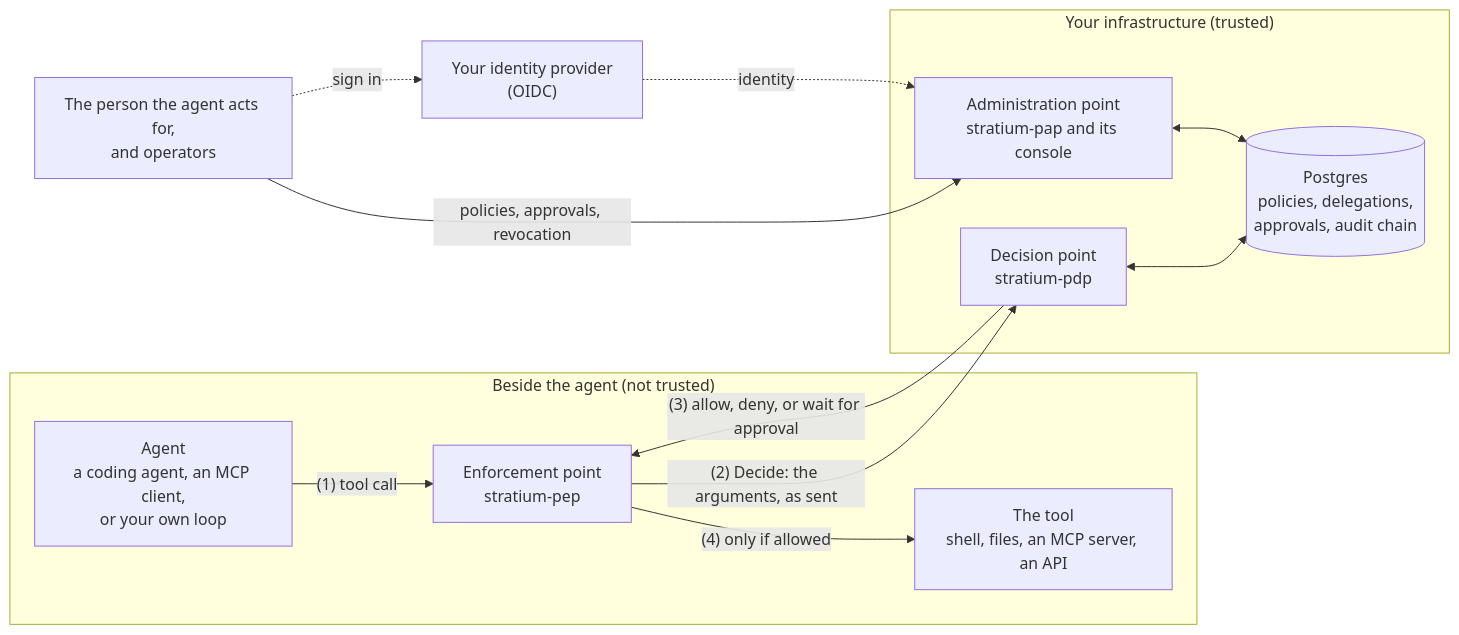
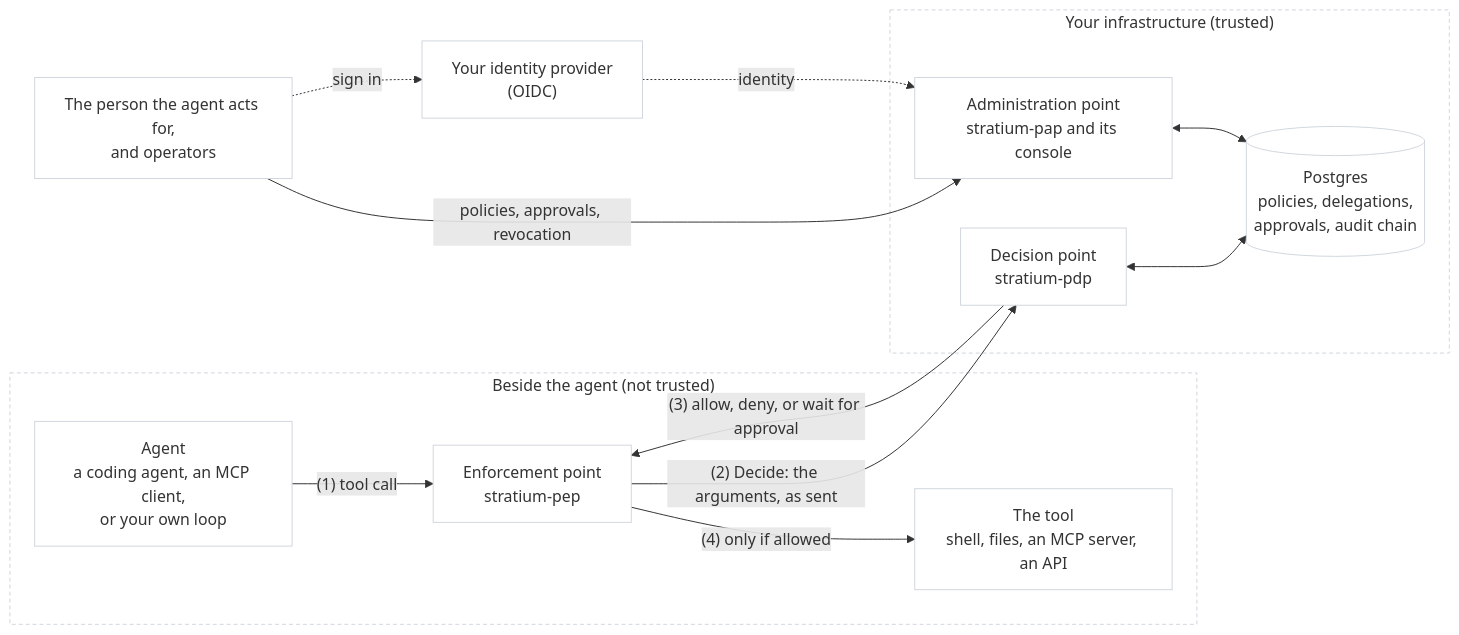
One commit to stratiumdata/stratium changed the diagram in README.md. Above: the diagram before and after it, drawn with Mermaid.

Commit message:
docs: draw the architecture diagram with plain outlines
Boxes and groups have no fill and a thin light border, in place of the
theme's coloured fills.

````diff
--- a/README.md
+++ b/README.md
@@ -94,27 +94,32 @@
 ```mermaid
 flowchart LR
     subgraph beside["Beside the agent (not trusted)"]
         agent["Agent<br/>a coding agent, an MCP client,<br/>or your own loop"]
         pep["Enforcement point<br/>stratium-pep"]
         tool["The tool<br/>shell, files, an MCP server, an API"]
     end
 
     subgraph yours["Your infrastructure (trusted)"]
         pdp["Decision point<br/>stratium-pdp"]
         pap["Administration point<br/>stratium-pap and its console"]
         db[("Postgres<br/>policies, delegations,<br/>approvals, audit chain")]
     end
 
     people["The person the agent acts for,<br/>and operators"]
     idp["Your identity provider<br/>(OIDC)"]
 
     agent -- "(1) tool call" --> pep
     pep -- "(2) Decide: the arguments, as sent" --> pdp
     pdp -- "(3) allow, deny, or wait for approval" --> pep
     pep -- "(4) only if allowed" --> tool
     pdp <--> db
     pap <--> db
     people -- "policies, approvals, revocation" --> pap
     people -. "sign in" .-> idp
     idp -. "identity" .-> pap
+
+    classDef plain fill:transparent,stroke:#d0d7de,stroke-width:1px
+    class agent,pep,tool,pdp,pap,db,people,idp plain
+    style beside fill:transparent,stroke:#d0d7de,stroke-dasharray:4 3
+    style yours fill:transparent,stroke:#d0d7de,stroke-dasharray:4 3
 ```
````
